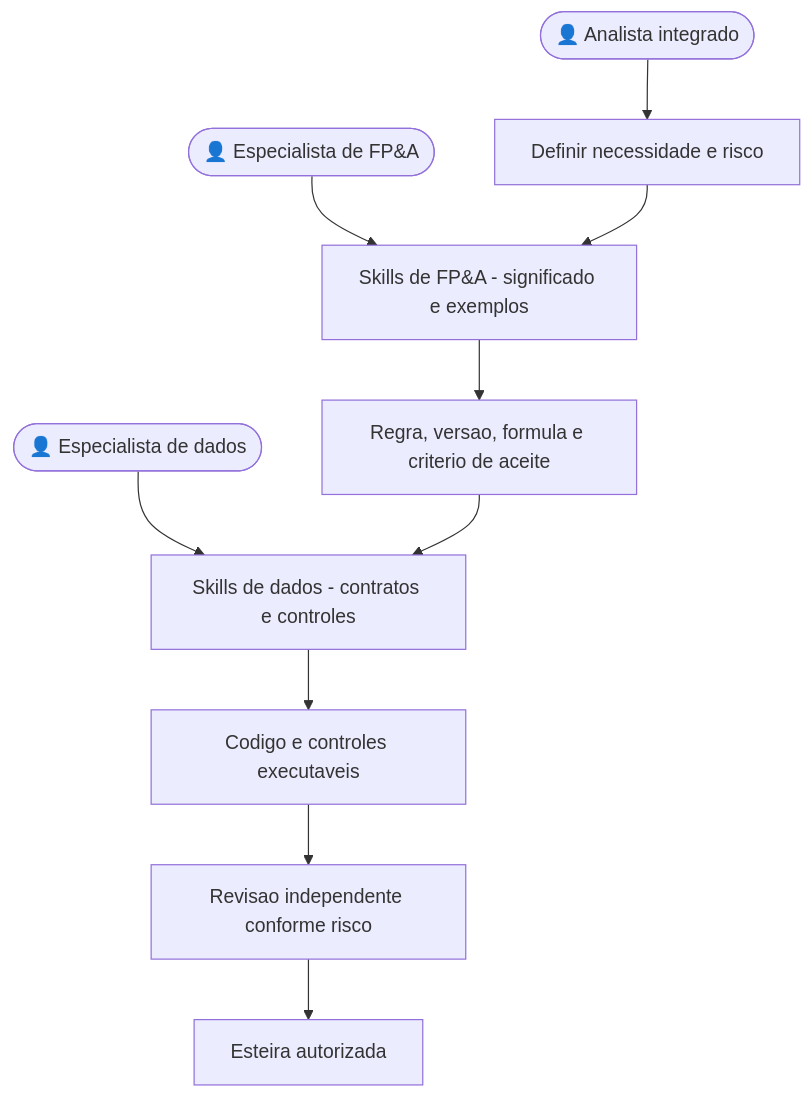
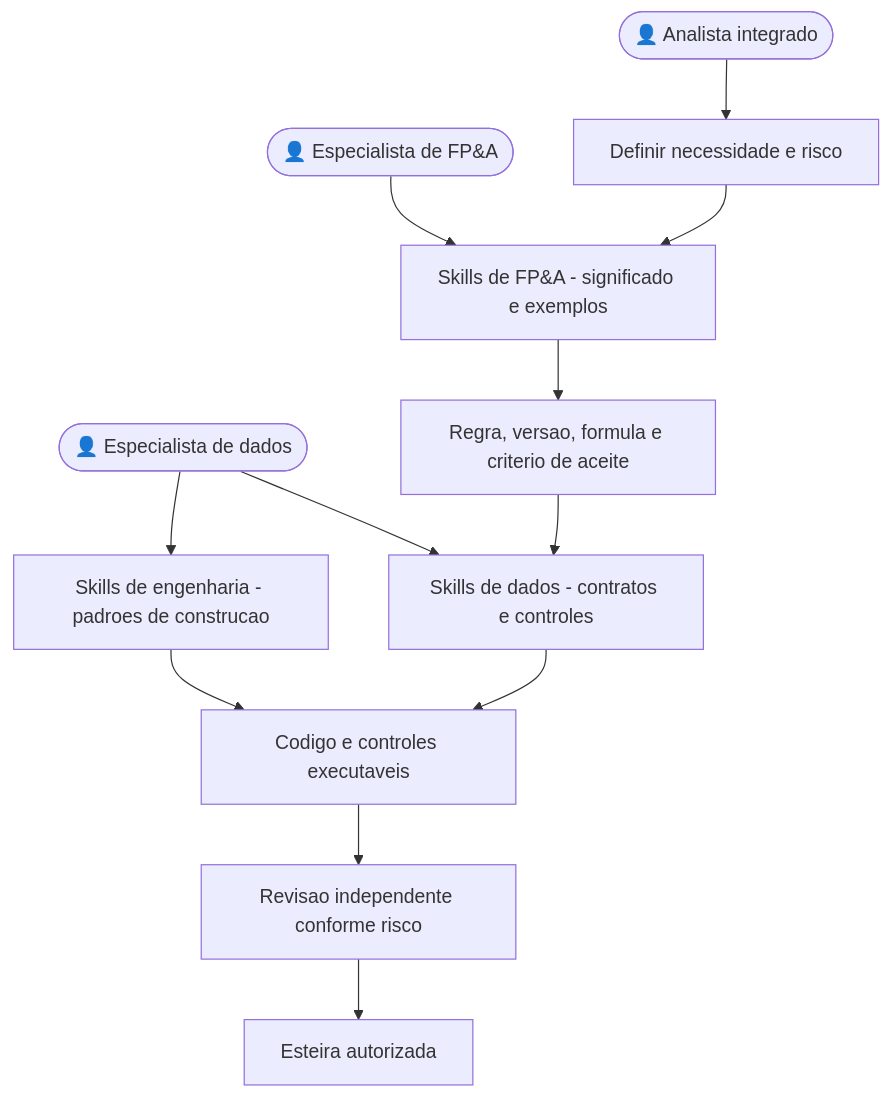
The diagram in databricks-pipeline-template/docs/SKILL_CATALOG.md (denisisikawa/business-science-lab), drawn with Mermaid before and after one commit. The commit also changed other lines of this file and 41 other files, not shown here.

````diff
--- a/databricks-pipeline-template/docs/SKILL_CATALOG.md
+++ b/databricks-pipeline-template/docs/SKILL_CATALOG.md
@@ -54,15 +83,17 @@
 ```mermaid
 flowchart TD
     A(["👤 Analista integrado"])
     B(["👤 Especialista de FP&A"])
     D(["👤 Especialista de dados"])
     B --> F[Skills de FP&A - significado e exemplos]
     D --> G[Skills de dados - contratos e controles]
+    D --> EN[Skills de engenharia - padroes de construcao]
     A --> Q[Definir necessidade e risco]
     Q --> F
     F --> E[Regra, versao, formula e criterio de aceite]
     E --> G
     G --> C[Codigo e controles executaveis]
+    EN --> C
     C --> R[Revisao independente conforme risco]
     R --> T[Esteira autorizada]
 ```
````
